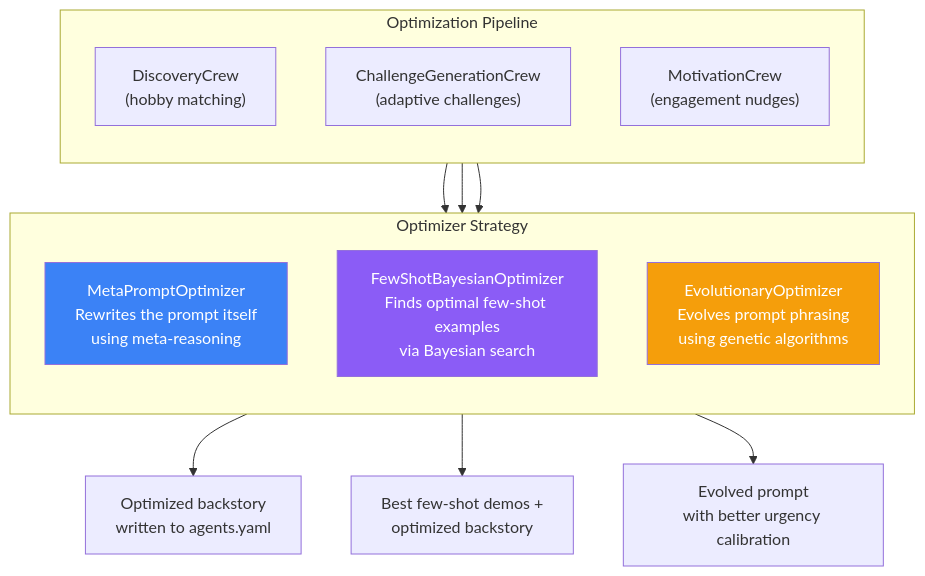
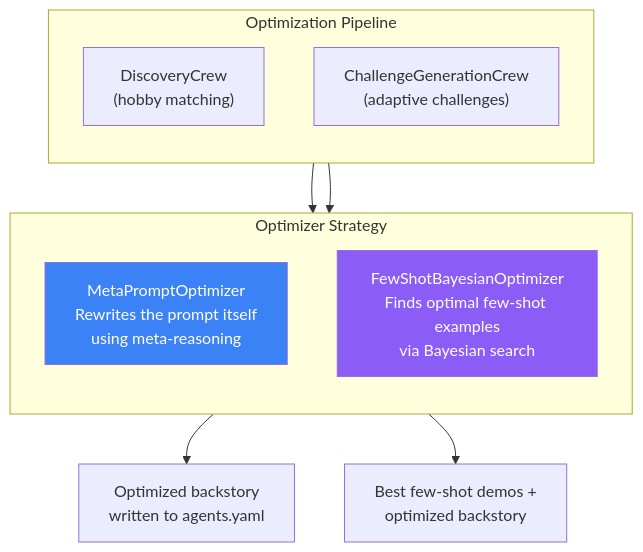
One commit to Hiba-Chaabnia/Meraki changed the sixth of 6 diagrams in README.md. Above: the diagram before and after it, drawn with Mermaid. The commit also changed other lines of this file and 12 other files, not shown here.

Commit message:
refactor(nudge): derive nudges from a rules table instead of a crew

````diff
--- a/README.md
+++ b/README.md
@@ -331,28 +311,23 @@
 ```mermaid
 flowchart TB
     subgraph "Optimization Pipeline"
         direction TB
         D["DiscoveryCrew\n(hobby matching)"]
         C["ChallengeGenerationCrew\n(adaptive challenges)"]
-        M["MotivationCrew\n(engagement nudges)"]
     end
 
     subgraph "Optimizer Strategy"
         direction TB
         MPO["MetaPromptOptimizer\nRewrites the prompt itself\nusing meta-reasoning"]
         FSBO["FewShotBayesianOptimizer\nFinds optimal few-shot examples\nvia Bayesian search"]
-        EVO["EvolutionaryOptimizer\nEvolves prompt phrasing\nusing genetic algorithms"]
     end
 
     D --> MPO
     C --> FSBO
-    M --> EVO
 
     MPO --> R1["Optimized backstory\nwritten to agents.yaml"]
     FSBO --> R2["Best few-shot demos +\noptimized backstory"]
-    EVO --> R3["Evolved prompt\nwith better urgency calibration"]
 
     style MPO fill:#3b82f6,color:#fff
     style FSBO fill:#8b5cf6,color:#fff
-    style EVO fill:#f59e0b,color:#fff
 ```
````
